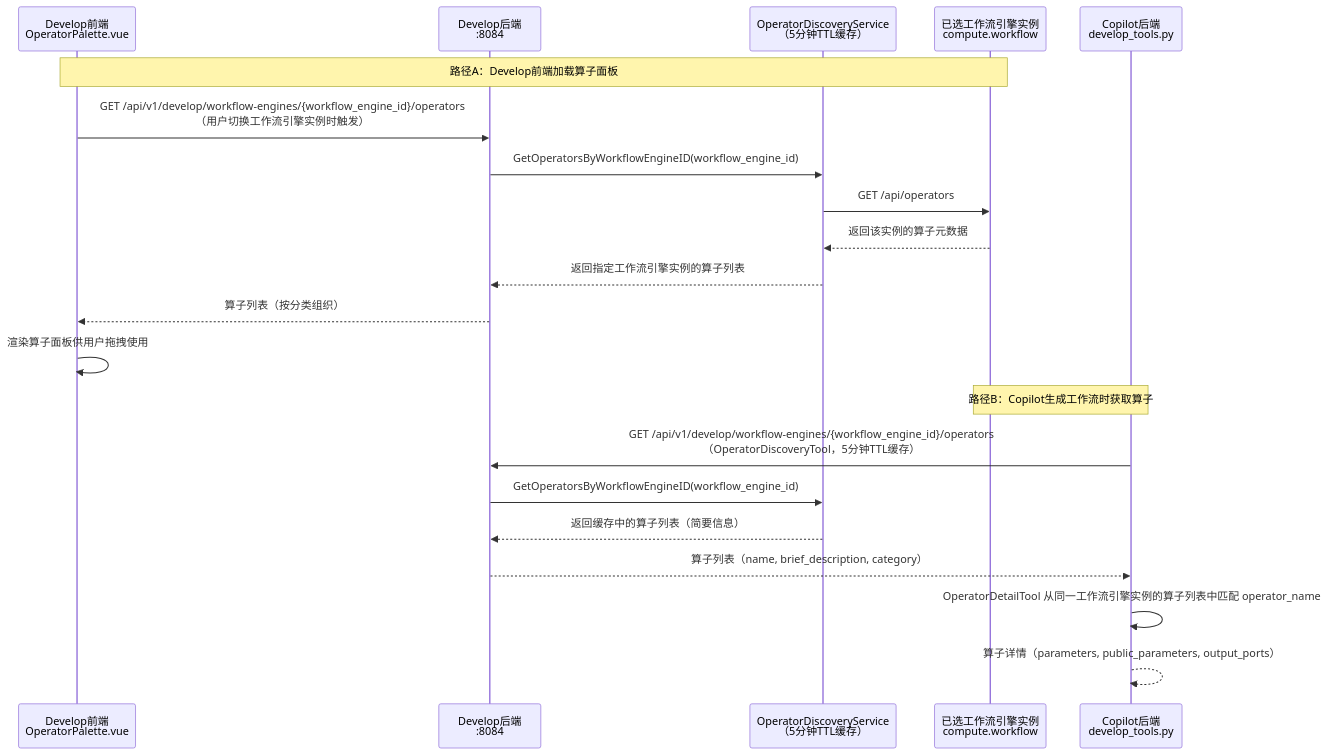
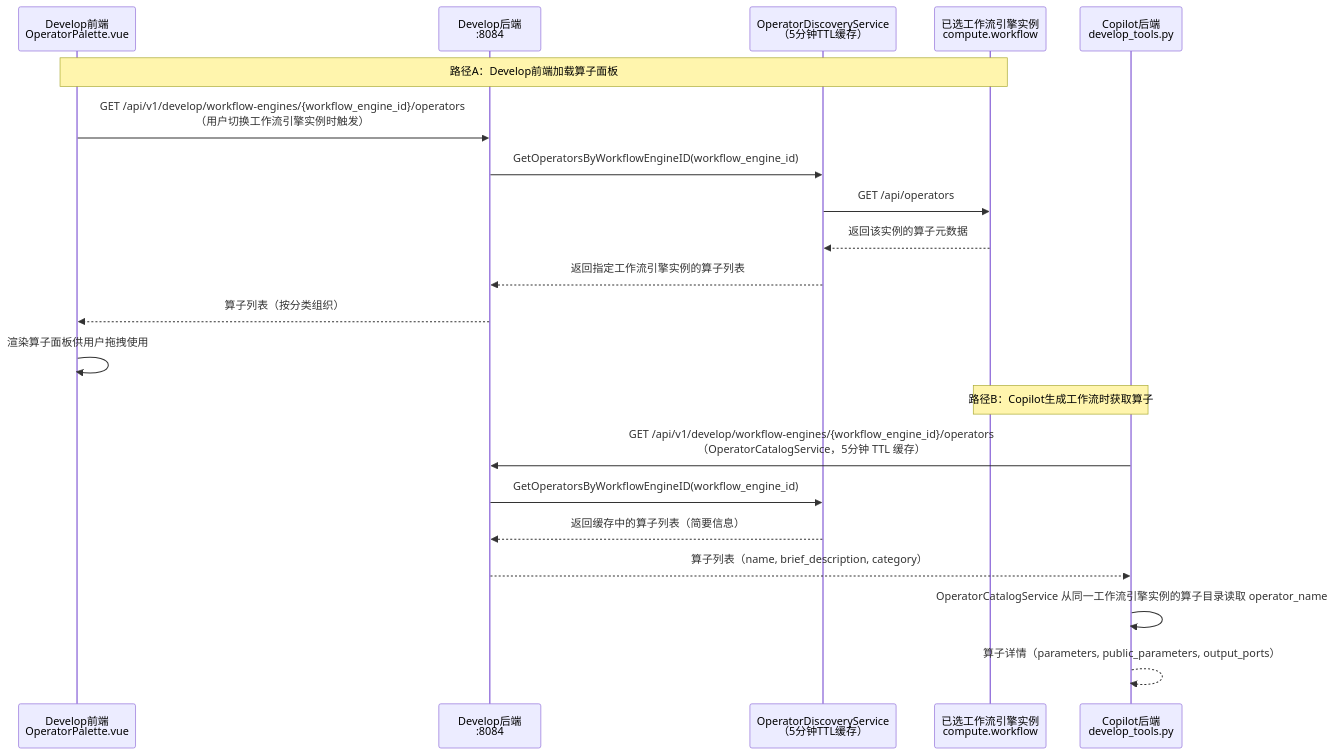
The second of 3 diagrams in copilot/docs/copilot-develop-调用关系说明.md (pampa0629/addp), drawn with Mermaid before and after one commit. The commit also changed other lines of this file and 665 other files, not shown here.

````diff
--- a/copilot/docs/copilot-develop-调用关系说明.md
+++ b/copilot/docs/copilot-develop-调用关系说明.md
@@ -80,28 +124,28 @@
 ```mermaid
 sequenceDiagram
     participant FE as Develop前端<br/>OperatorPalette.vue
     participant DevBE as Develop后端<br/>:8084
     participant DiscSvc as OperatorDiscoveryService<br/>（5分钟TTL缓存）
     participant WorkflowEngine as 已选工作流引擎实例<br/>compute.workflow
     participant Copilot as Copilot后端<br/>develop_tools.py
 
     note over FE,WorkflowEngine: 路径A：Develop前端加载算子面板
     FE->>DevBE: GET /api/v1/develop/workflow-engines/{workflow_engine_id}/operators<br/>（用户切换工作流引擎实例时触发）
     DevBE->>DiscSvc: GetOperatorsByWorkflowEngineID(workflow_engine_id)
 
     DiscSvc->>WorkflowEngine: GET /api/operators
     WorkflowEngine-->>DiscSvc: 返回该实例的算子元数据
 
     DiscSvc-->>DevBE: 返回指定工作流引擎实例的算子列表
     DevBE-->>FE: 算子列表（按分类组织）
     FE->>FE: 渲染算子面板供用户拖拽使用
 
     note over Copilot,WorkflowEngine: 路径B：Copilot生成工作流时获取算子
-    Copilot->>DevBE: GET /api/v1/develop/workflow-engines/{workflow_engine_id}/operators<br/>（OperatorDiscoveryTool，5分钟TTL缓存）
+    Copilot->>DevBE: GET /api/v1/develop/workflow-engines/{workflow_engine_id}/operators<br/>（OperatorCatalogService，5分钟 TTL 缓存）
     DevBE->>DiscSvc: GetOperatorsByWorkflowEngineID(workflow_engine_id)
     DiscSvc-->>DevBE: 返回缓存中的算子列表（简要信息）
     DevBE-->>Copilot: 算子列表（name, brief_description, category）
 
-    Copilot->>Copilot: OperatorDetailTool 从同一工作流引擎实例的算子列表中匹配 operator_name
+    Copilot->>Copilot: OperatorCatalogService 从同一工作流引擎实例的算子目录读取 operator_name
     Copilot-->>Copilot: 算子详情（parameters, public_parameters, output_ports）
 ```
````
